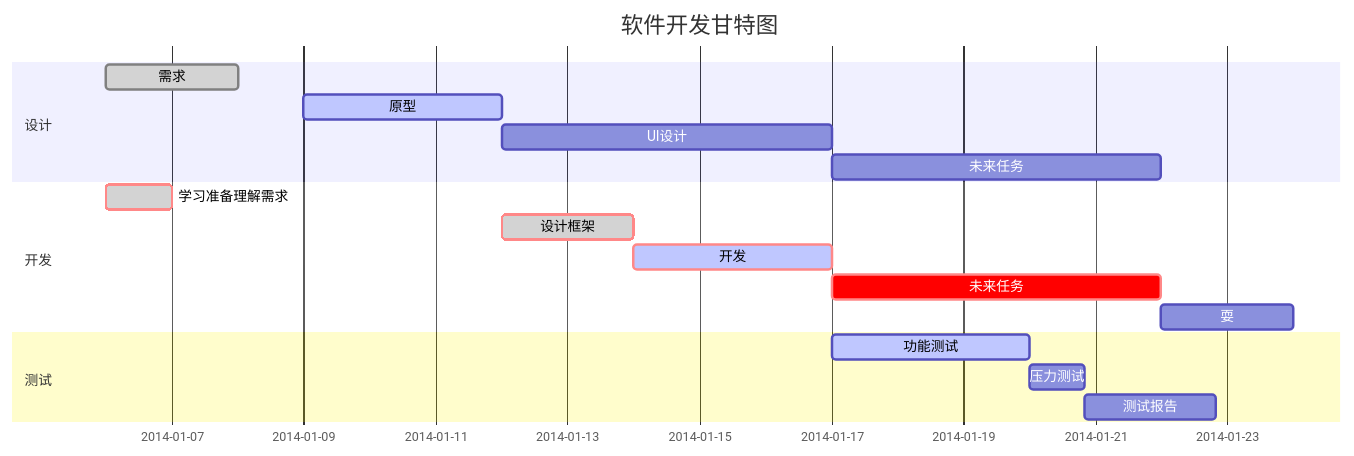
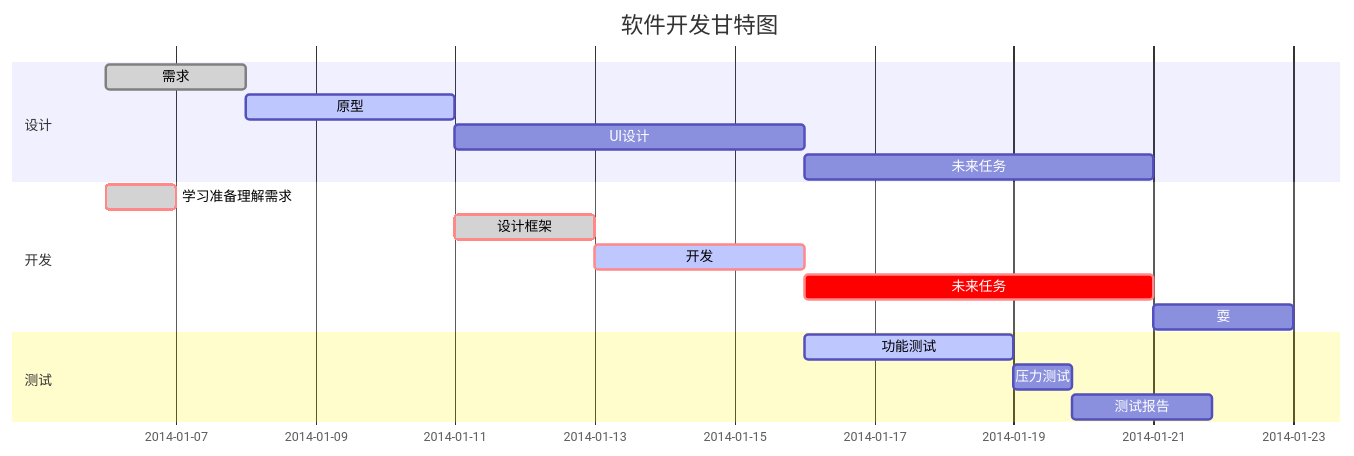
The second of 2 diagrams in _posts/2023-04-19-how-to-write-blog-by-markdown.md (ggangliu/ggangliu.github.io), drawn with Mermaid before and after one commit. The commit also changed other lines of this file and 14 other files, not shown here.

````diff
--- a/_posts/2023-04-19-how-to-write-blog-by-markdown.md
+++ b/_posts/2023-04-19-how-to-write-blog-by-markdown.md
@@ -102,23 +190,23 @@
 ```mermaid
 gantt
 dateFormat YYYY-MM-DD
 title 软件开发甘特图
 
 section 设计
 需求 :done, des1, 2014-01-06,2014-01-08
-原型 :active, des2, 2014-01-09, 3d
+原型 :active, des2, after des1, 3d
 UI设计 :des3, after des2, 5d
 未来任务 :des4, after des3, 5d
 
 section 开发
 学习准备理解需求 :crit, done, 2014-01-06, 24h
 设计框架 :crit, done, after des2, 2d
 开发 :crit, active, 3d
 未来任务  :crit, 5d
 耍 :2d
 
 section 测试
 功能测试 :active, a1, after des3, 3d
 压力测试 :after a1  , 20h
 测试报告 : 48h
 ```
````
